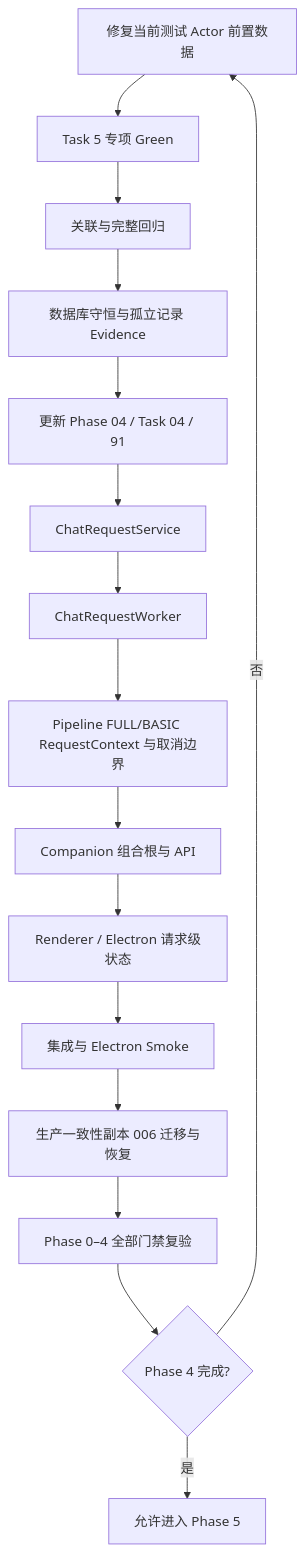
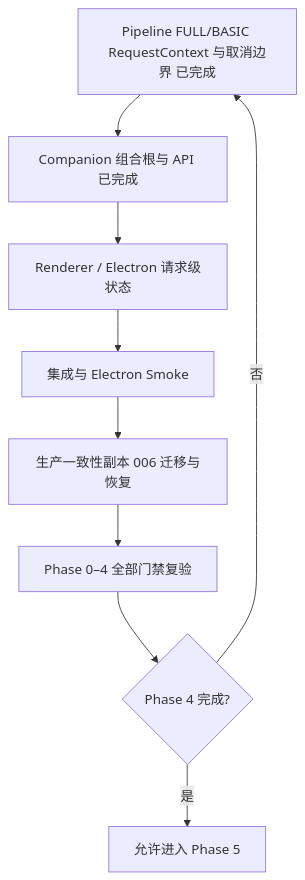
One commit to Laser1209/Aerie-Yunqi changed the diagram in documents/Current Progress/2026-07-20_Aerie升级Codex移交说明.md. Above: the diagram before and after it, drawn with Mermaid. The commit also changed other lines of this file and 82 other files, not shown here.

````diff
--- a/documents/Current Progress/2026-07-20_Aerie升级Codex移交说明.md
+++ b/documents/Current Progress/2026-07-20_Aerie升级Codex移交说明.md
@@ -637,18 +634,11 @@
 ```mermaid
 graph TD
-    A[修复当前测试 Actor 前置数据] --> B[Task 5 专项 Green]
-    B --> C[关联与完整回归]
-    C --> D[数据库守恒与孤立记录 Evidence]
-    D --> E[更新 Phase 04 / Task 04 / 91]
-    E --> F[ChatRequestService]
-    F --> G[ChatRequestWorker]
-    G --> H[Pipeline FULL/BASIC RequestContext 与取消边界]
-    H --> I[Companion 组合根与 API]
+    H[Pipeline FULL/BASIC RequestContext 与取消边界 已完成] --> I[Companion 组合根与 API 已完成]
     I --> J[Renderer / Electron 请求级状态]
     J --> K[集成与 Electron Smoke]
     K --> L[生产一致性副本 006 迁移与恢复]
     L --> M[Phase 0–4 全部门禁复验]
     M --> N{Phase 4 完成?}
-    N -->|否| A
+    N -->|否| H
     N -->|是| O[允许进入 Phase 5]
 ```
````
